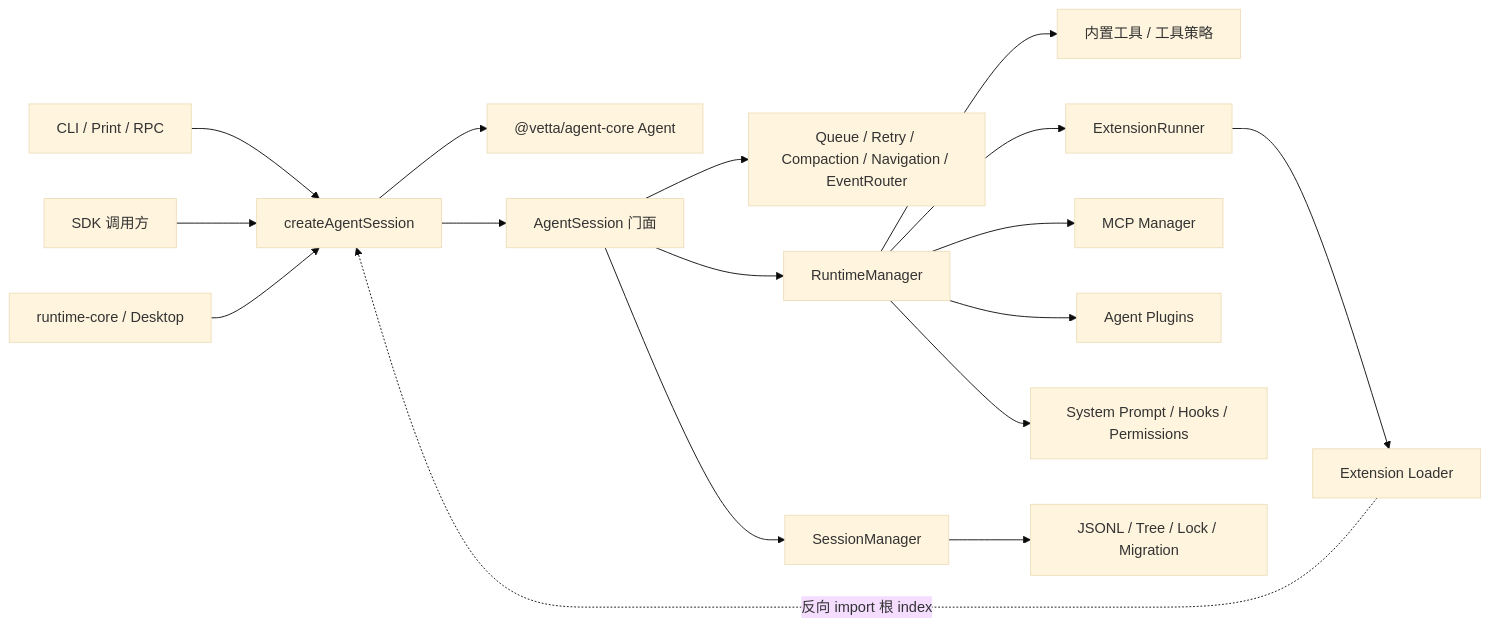
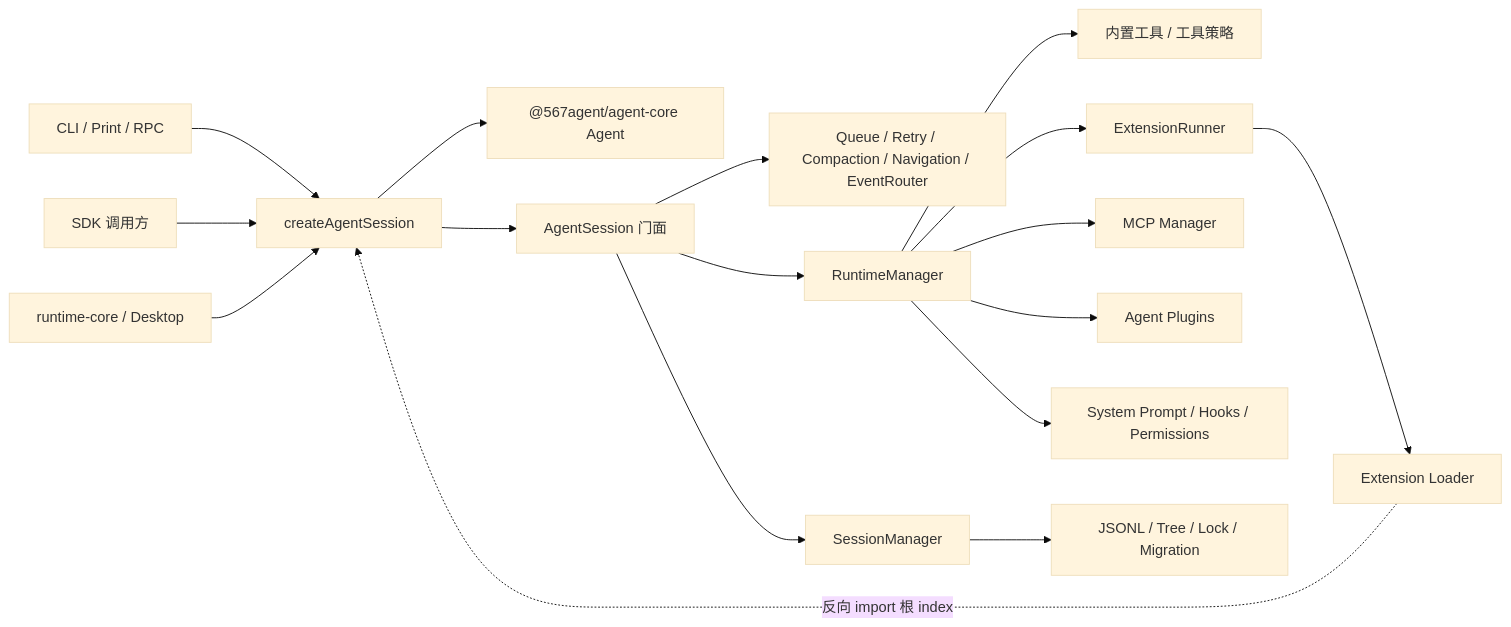
One commit to Chinachani/567-agent-2.0 changed the diagram in docs/agent/coding-agent/01-architecture-assessment.md. Above: the diagram before and after it, drawn with Mermaid (base theme). The commit also changed other lines of this file and 1962 other files, not shown here.

````diff
--- a/docs/agent/coding-agent/01-architecture-assessment.md
+++ b/docs/agent/coding-agent/01-architecture-assessment.md
@@ -61,24 +61,24 @@
 ```mermaid
 flowchart LR
     CLI["CLI / Print / RPC"] --> Factory["createAgentSession"]
     SDK["SDK 调用方"] --> Factory
     Desktop["runtime-core / Desktop"] --> Factory
 
-    Factory --> Agent["@vetta/agent-core Agent"]
+    Factory --> Agent["@567agent/agent-core Agent"]
     Factory --> Session["AgentSession 门面"]
 
     Session --> Controllers["Queue / Retry / Compaction / Navigation / EventRouter"]
     Session --> Runtime["RuntimeManager"]
     Session --> Store["SessionManager"]
 
     Runtime --> Tools["内置工具 / 工具策略"]
     Runtime --> Extensions["ExtensionRunner"]
     Runtime --> MCP["MCP Manager"]
     Runtime --> Plugins["Agent Plugins"]
     Runtime --> Prompt["System Prompt / Hooks / Permissions"]
 
     Store --> JSONL["JSONL / Tree / Lock / Migration"]
 
     Extensions --> Loader["Extension Loader"]
     Loader -. "反向 import 根 index" .-> Factory
 ```
````
